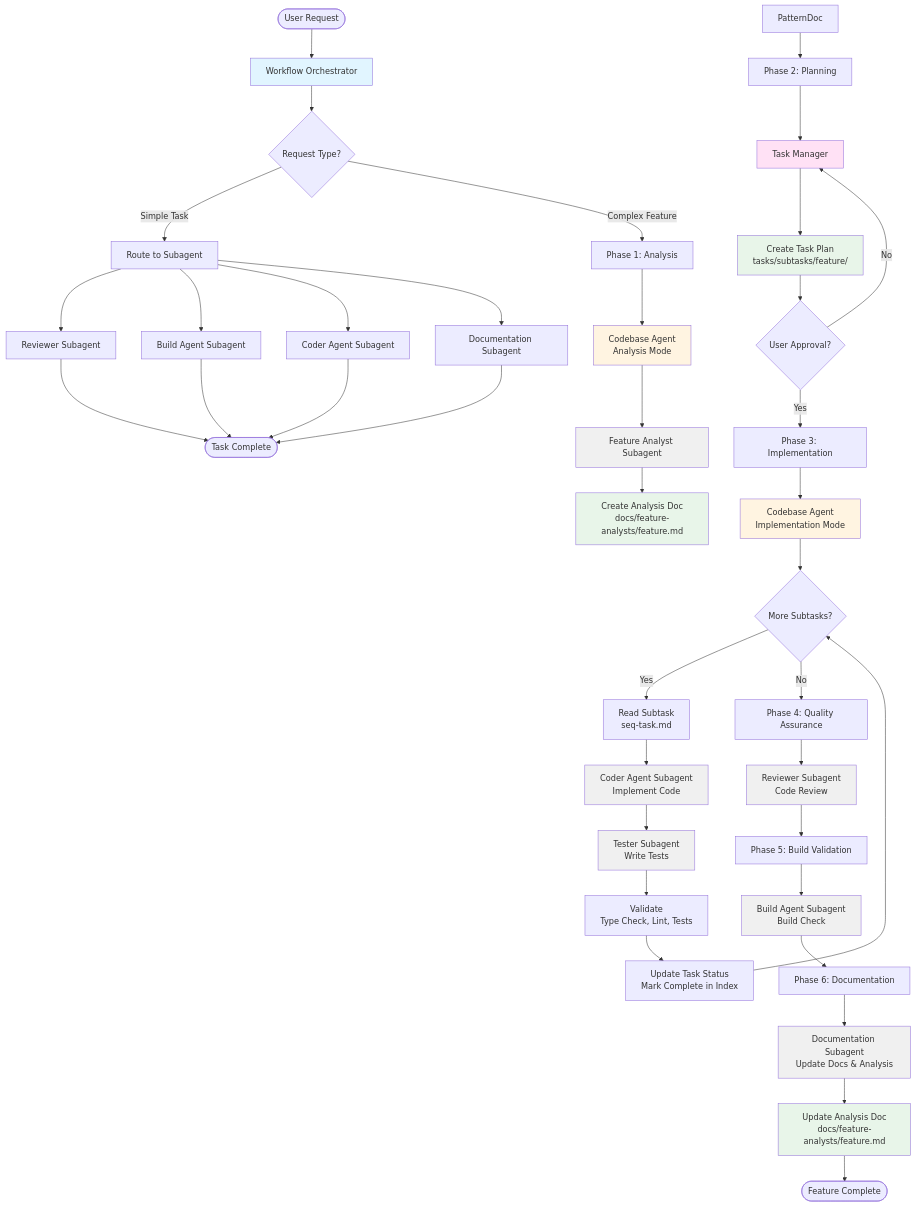
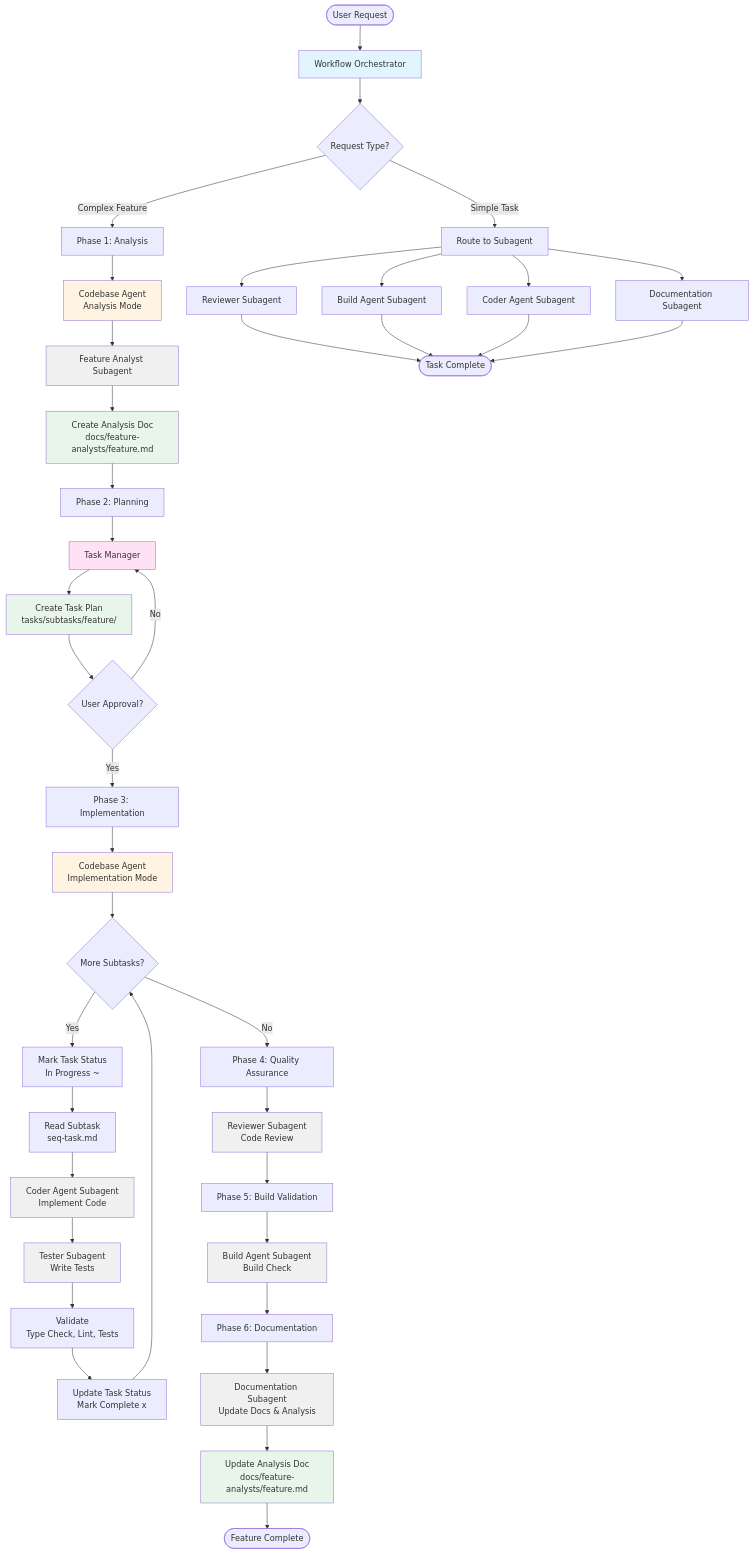
Before and after one commit to jesusidev/dotfiles: the first of 3 diagrams in opencode/.config/opencode/workflow-diagram.md, drawn with Mermaid.

Commit message:
fix(opencode): correct workflow diagram connections and add status transitions
- Fix Phase 1 to Phase 2 connection (PatternDoc → AnalysisDoc)
- Add 'Mark Task Status In Progress' step to subtask loop
- Show status transition from 'not started' to 'in progress' to 'complete'
- Clarifies the complete flow through all phases

````diff
--- a/opencode/.config/opencode/workflow-diagram.md
+++ b/opencode/.config/opencode/workflow-diagram.md
@@ -5,68 +5,69 @@
 ```mermaid
 flowchart TD
     Start([User Request]) --> Orchestrator[Workflow Orchestrator]
     
     Orchestrator --> Decision{Request Type?}
     
     Decision -->|Simple Task| SimpleRoute[Route to Subagent]
     SimpleRoute --> Review[Reviewer Subagent]
     SimpleRoute --> Build[Build Agent Subagent]
     SimpleRoute --> Coder[Coder Agent Subagent]
     SimpleRoute --> Docs[Documentation Subagent]
     
     Decision -->|Complex Feature| Phase1[Phase 1: Analysis]
     
     Phase1 --> CodebaseAnalysis[Codebase Agent<br/>Analysis Mode]
     CodebaseAnalysis --> FeatureAnalyst[Feature Analyst Subagent]
     FeatureAnalyst --> AnalysisDoc[Create Analysis Doc<br/>docs/feature-analysts/feature.md]
     
-    PatternDoc --> Phase2[Phase 2: Planning]
+    AnalysisDoc --> Phase2[Phase 2: Planning]
     Phase2 --> TaskManager[Task Manager]
     TaskManager --> TaskPlan[Create Task Plan<br/>tasks/subtasks/feature/]
     TaskPlan --> Approval{User Approval?}
     
     Approval -->|No| TaskManager
     Approval -->|Yes| Phase3[Phase 3: Implementation]
     
     Phase3 --> CodebaseImpl[Codebase Agent<br/>Implementation Mode]
     
     CodebaseImpl --> SubtaskLoop{More Subtasks?}
     
-    SubtaskLoop -->|Yes| ReadSubtask[Read Subtask<br/>seq-task.md]
+    SubtaskLoop -->|Yes| MarkStarted[Mark Task Status<br/>In Progress ~]
+    MarkStarted --> ReadSubtask[Read Subtask<br/>seq-task.md]
     ReadSubtask --> CoderAgent[Coder Agent Subagent<br/>Implement Code]
     CoderAgent --> TesterAgent[Tester Subagent<br/>Write Tests]
     TesterAgent --> Validate[Validate<br/>Type Check, Lint, Tests]
-    Validate --> UpdateStatus[Update Task Status<br/>Mark Complete in Index]
+    Validate --> UpdateStatus[Update Task Status<br/>Mark Complete x]
     UpdateStatus --> SubtaskLoop
     
     SubtaskLoop -->|No| Phase4[Phase 4: Quality Assurance]
     
     Phase4 --> ReviewerAgent[Reviewer Subagent<br/>Code Review]
     ReviewerAgent --> Phase5[Phase 5: Build Validation]
     
     Phase5 --> BuildAgent[Build Agent Subagent<br/>Build Check]
     BuildAgent --> Phase6[Phase 6: Documentation]
     
     Phase6 --> DocsAgent[Documentation Subagent<br/>Update Docs & Analysis]
     DocsAgent --> UpdatePatterns[Update Analysis Doc<br/>docs/feature-analysts/feature.md]
     UpdatePatterns --> Complete([Feature Complete])
     
     Review --> SimpleComplete([Task Complete])
     Build --> SimpleComplete
     Coder --> SimpleComplete
     Docs --> SimpleComplete
     
     style Orchestrator fill:#e1f5ff
     style CodebaseAnalysis fill:#fff4e1
     style TaskManager fill:#ffe1f5
     style CodebaseImpl fill:#fff4e1
     style FeatureAnalyst fill:#f0f0f0
     style CoderAgent fill:#f0f0f0
     style TesterAgent fill:#f0f0f0
     style ReviewerAgent fill:#f0f0f0
     style BuildAgent fill:#f0f0f0
     style DocsAgent fill:#f0f0f0
     style AnalysisDoc fill:#e8f5e9
     style TaskPlan fill:#e8f5e9
     style UpdatePatterns fill:#e8f5e9
 ```
````
